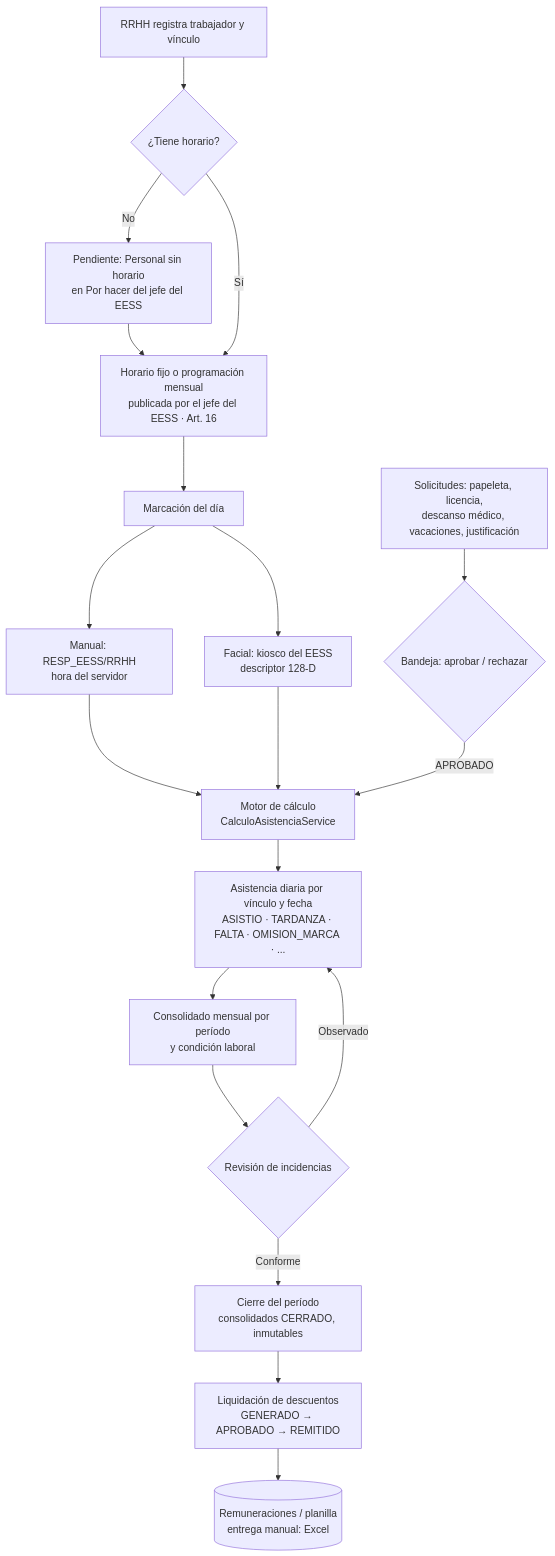
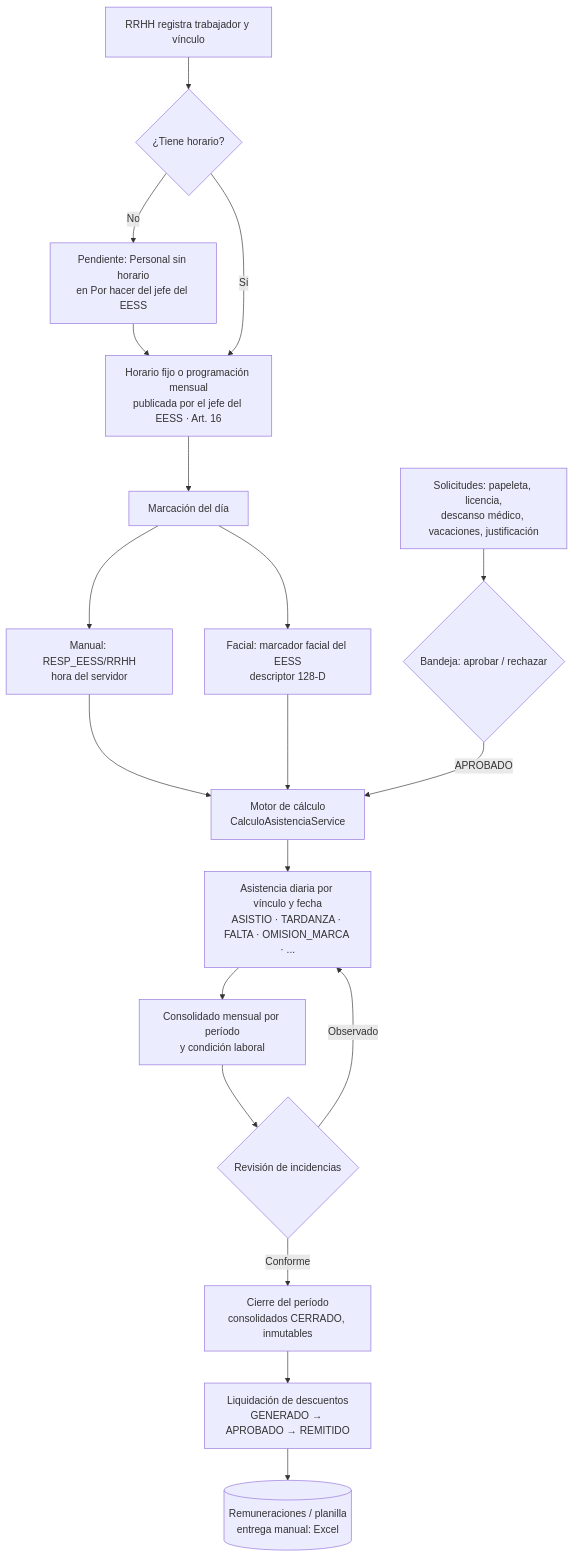
The first of 6 diagrams in docs/ESTADO_SISTEMA.md (httpsfranz/UTES-RRHH-Backend), drawn with Mermaid before and after one commit. The commit also changed other lines of this file and 125 other files, not shown here.

````diff
--- a/docs/ESTADO_SISTEMA.md
+++ b/docs/ESTADO_SISTEMA.md
@@ -306,21 +306,21 @@
 ```mermaid
 flowchart TD
     A[RRHH registra trabajador y vínculo] --> B{¿Tiene horario?}
     B -- No --> B1[Pendiente: Personal sin horario<br/>en Por hacer del jefe del EESS]
     B1 --> C
     B -- Sí --> C[Horario fijo o programación mensual<br/>publicada por el jefe del EESS · Art. 16]
     C --> D[Marcación del día]
     D --> D1[Manual: RESP_EESS/RRHH<br/>hora del servidor]
-    D --> D2[Facial: kiosco del EESS<br/>descriptor 128-D]
+    D --> D2[Facial: marcador facial del EESS<br/>descriptor 128-D]
     D1 --> E[Motor de cálculo<br/>CalculoAsistenciaService]
     D2 --> E
     S[Solicitudes: papeleta, licencia,<br/>descanso médico, vacaciones, justificación] --> S1{Bandeja: aprobar / rechazar}
     S1 -- APROBADO --> E
     E --> F[Asistencia diaria por vínculo y fecha<br/>ASISTIO · TARDANZA · FALTA · OMISION_MARCA · ...]
     F --> G[Consolidado mensual por período<br/>y condición laboral]
     G --> H{Revisión de incidencias}
     H -- Observado --> F
     H -- Conforme --> I[Cierre del período<br/>consolidados CERRADO, inmutables]
     I --> J[Liquidación de descuentos<br/>GENERADO → APROBADO → REMITIDO]
     J --> K[(Remuneraciones / planilla<br/>entrega manual: Excel)]
 ```
````
